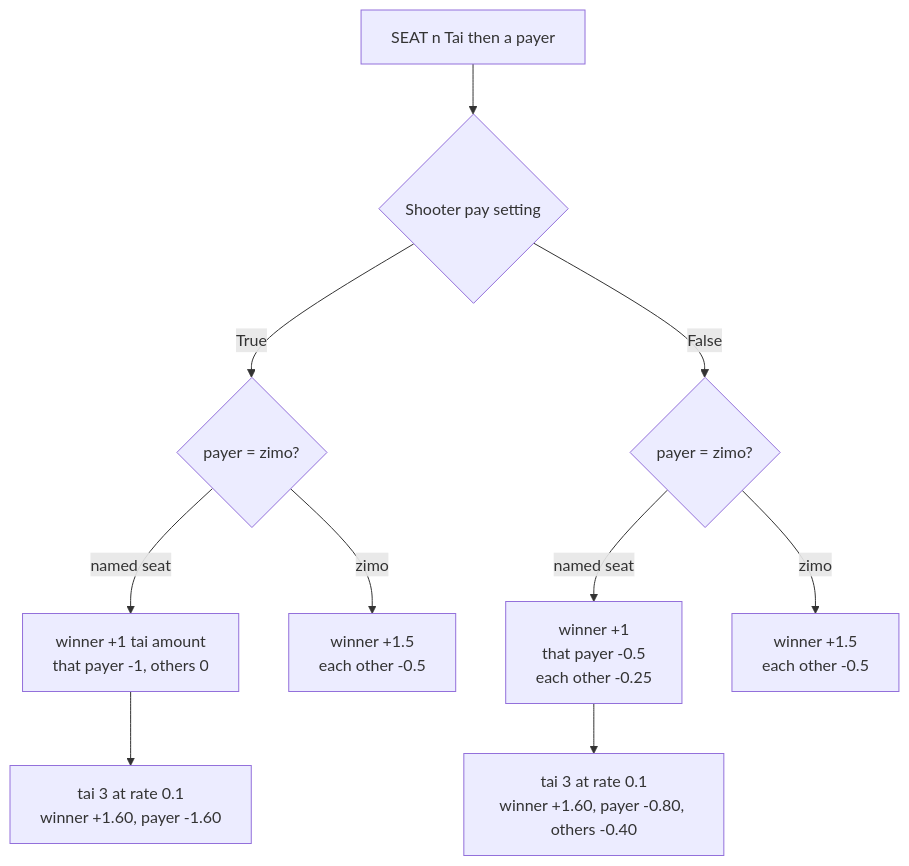
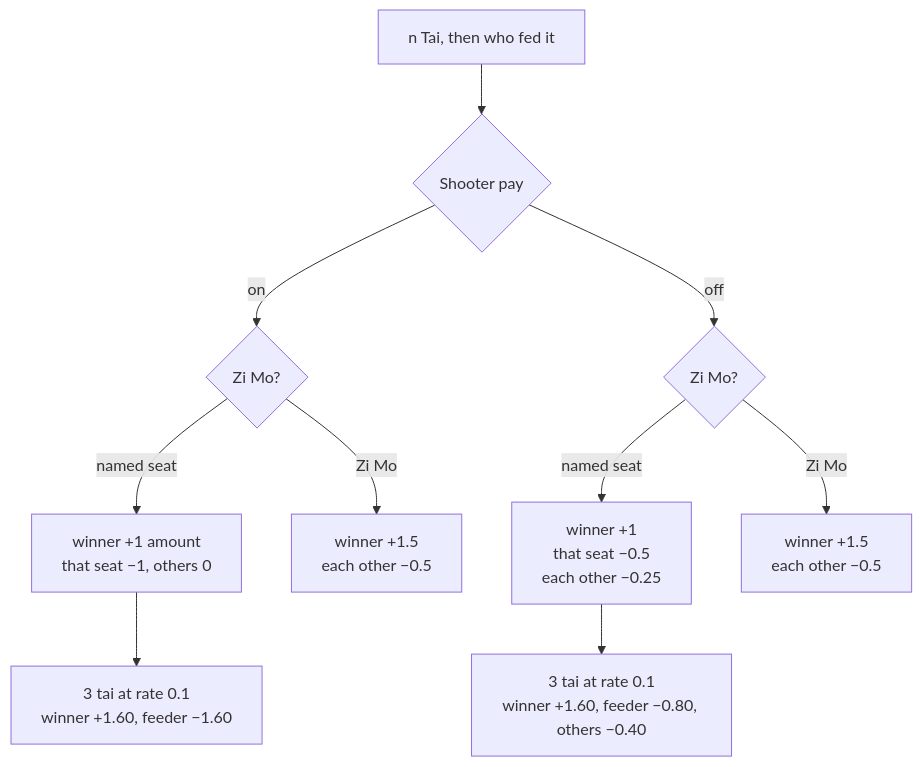
The fifth of 7 diagrams in docs/flow.md (jonkoong/SGMahjongCalcTele), drawn with Mermaid before and after one commit. The commit also changed other lines of this file and 3 other files, not shown here.

````diff
--- a/docs/flow.md
+++ b/docs/flow.md
@@ -154,12 +190,12 @@
 ```mermaid
 flowchart TD
-    P["SEAT n Tai then a payer"] --> SH{"Shooter pay setting"}
-    SH -->|True| A{"payer = zimo?"}
-    SH -->|False| B{"payer = zimo?"}
-    A -->|named seat| A1["winner +1 tai amount<br/>that payer -1, others 0"]
-    A -->|zimo| A2["winner +1.5<br/>each other -0.5"]
-    B -->|named seat| B1["winner +1<br/>that payer -0.5<br/>each other -0.25"]
-    B -->|zimo| B2["winner +1.5<br/>each other -0.5"]
-    A1 --> EX["tai 3 at rate 0.1<br/>winner +1.60, payer -1.60"]
-    B1 --> EX2["tai 3 at rate 0.1<br/>winner +1.60, payer -0.80, others -0.40"]
+    P["n Tai, then who fed it"] --> SH{"Shooter pay"}
+    SH -->|on| A{"Zi Mo?"}
+    SH -->|off| B{"Zi Mo?"}
+    A -->|named seat| A1["winner +1 amount<br/>that seat −1, others 0"]
+    A -->|Zi Mo| A2["winner +1.5<br/>each other −0.5"]
+    B -->|named seat| B1["winner +1<br/>that seat −0.5<br/>each other −0.25"]
+    B -->|Zi Mo| B2["winner +1.5<br/>each other −0.5"]
+    A1 --> EX["3 tai at rate 0.1<br/>winner +1.60, feeder −1.60"]
+    B1 --> EX2["3 tai at rate 0.1<br/>winner +1.60, feeder −0.80, others −0.40"]
 ```
````
